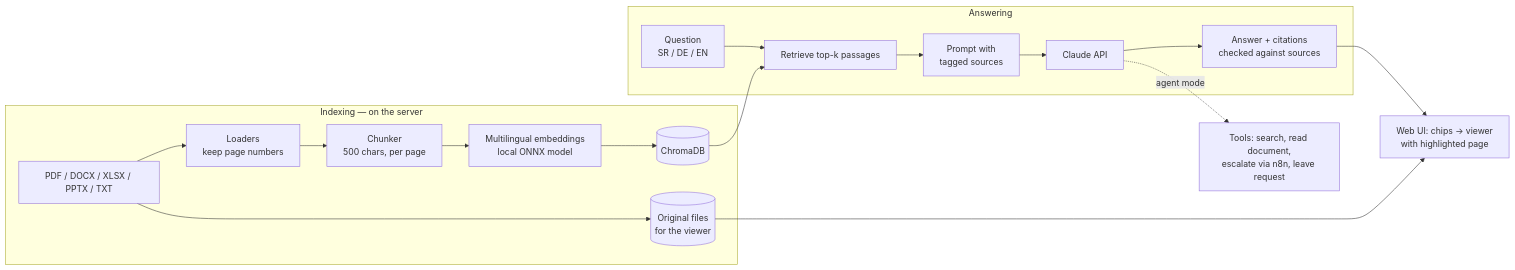
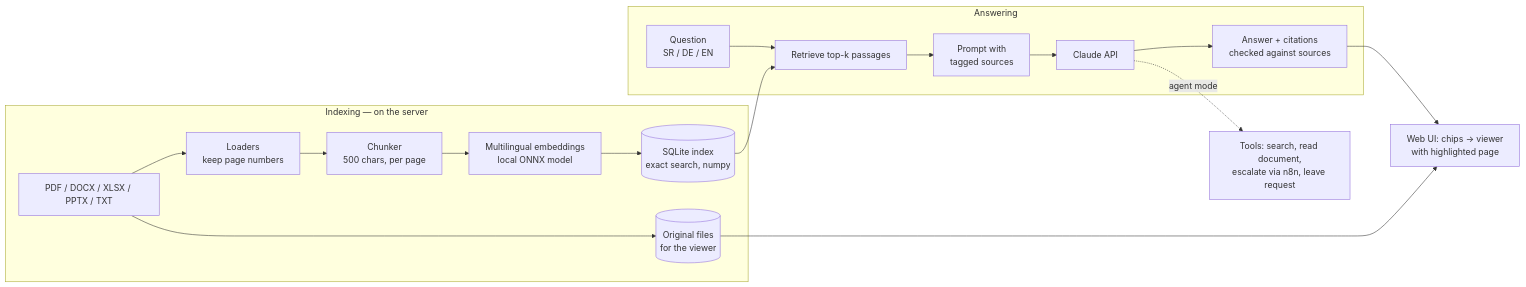
Before and after one commit to Strvina/doc-assistant: the diagram in README.md, drawn with Mermaid. The commit also changed other lines of this file and 10 other files, not shown here.

First line of the commit message:
refactor: keep the index in SQLite with exact search instead of ChromaDB (#44)

````diff
--- a/README.md
+++ b/README.md
@@ -34,16 +34,16 @@
 ```mermaid
 flowchart LR
     subgraph ingest[Indexing — on the server]
         F[PDF / DOCX / XLSX / PPTX / TXT] --> L[Loaders<br/>keep page numbers] --> C[Chunker<br/>500 chars, per page]
-        C --> E[Multilingual embeddings<br/>local ONNX model] --> V[(ChromaDB)]
+        C --> E[Multilingual embeddings<br/>local ONNX model] --> V[(SQLite index<br/>exact search, numpy)]
         F --> O[(Original files<br/>for the viewer)]
     end
     subgraph ask[Answering]
         Q[Question<br/>SR / DE / EN] --> R[Retrieve top-k passages] --> P[Prompt with<br/>tagged sources] --> M[Claude API]
         M --> A[Answer + citations<br/>checked against sources]
     end
     V --> R
     A --> W[Web UI: chips → viewer<br/>with highlighted page]
     O --> W
     M -. agent mode .-> T[Tools: search, read document,<br/>escalate via n8n, leave request]
 ```
````
